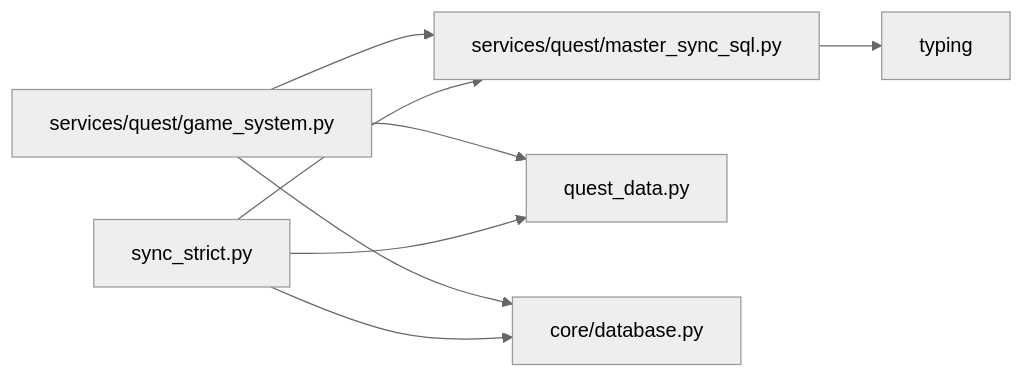
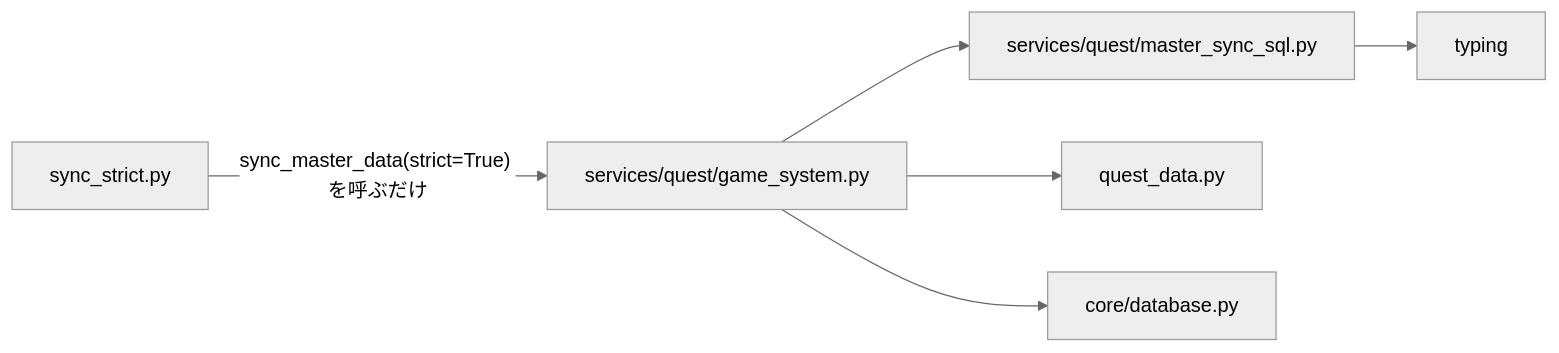
The second of 2 diagrams in docs/specifications/MY_HOME_SYSTEM/quest_master_sync_sql.md (mmtigers/my_python_project), drawn with Mermaid (neutral theme) before and after one commit. The commit also changed other lines of this file and 7 other files, not shown here.

First line of the commit message:
refactor(quest): sync_strict.py を GameSystem.sync_master_data(strict=True) へ統合する (#664) (#691)

````diff
--- a/docs/specifications/MY_HOME_SYSTEM/quest_master_sync_sql.md
+++ b/docs/specifications/MY_HOME_SYSTEM/quest_master_sync_sql.md
@@ -129,17 +129,15 @@
 ```mermaid
 graph LR
     master_sync_sql["services/quest/master_sync_sql.py"]
     typing["typing"]
     game_system["services/quest/game_system.py"]
     sync_strict["sync_strict.py"]
     quest_data["quest_data.py"]
     database["core/database.py"]
 
     master_sync_sql --> typing
     game_system --> master_sync_sql
-    sync_strict --> master_sync_sql
     game_system --> quest_data
-    sync_strict --> quest_data
     game_system --> database
-    sync_strict --> database
+    sync_strict -->|"sync_master_data(strict=True) を呼ぶだけ"| game_system
 ```
````
